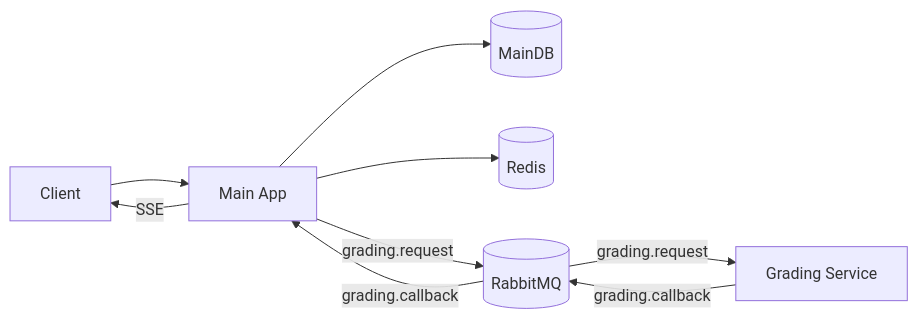
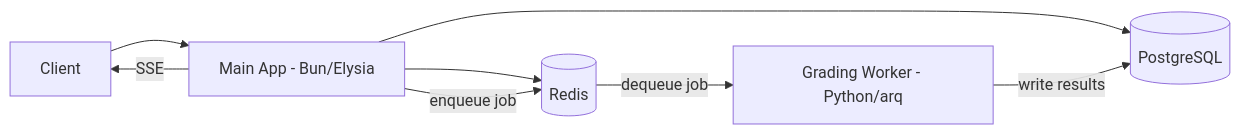
One commit to nghyane/VSTEP changed the diagram in docs/capstone/specs/00-overview/solution-decisions.md. Above: the diagram before and after it, drawn with Mermaid. The commit also changed other lines of this file and 48 other files, not shown here.

First line of the commit message:
refactor: simplify architecture for capstone scope

````diff
--- a/docs/capstone/specs/00-overview/solution-decisions.md
+++ b/docs/capstone/specs/00-overview/solution-decisions.md
@@ -14,11 +14,10 @@
 ```mermaid
 flowchart LR
-  C[Client] --> API[Main App]
-  API --> DB[(MainDB)]
+  C[Client] --> API[Main App - Bun/Elysia]
+  API --> DB[(PostgreSQL)]
   API --> R[(Redis)]
-  API -->|grading.request| MQ[(RabbitMQ)]
-  MQ -->|grading.request| G[Grading Service]
-  G -->|grading.callback| MQ
-  MQ -->|grading.callback| API
+  API -->|enqueue job| R
+  R -->|dequeue job| W[Grading Worker - Python/arq]
+  W -->|write results| DB
   API -->|SSE| C
 ```
````
